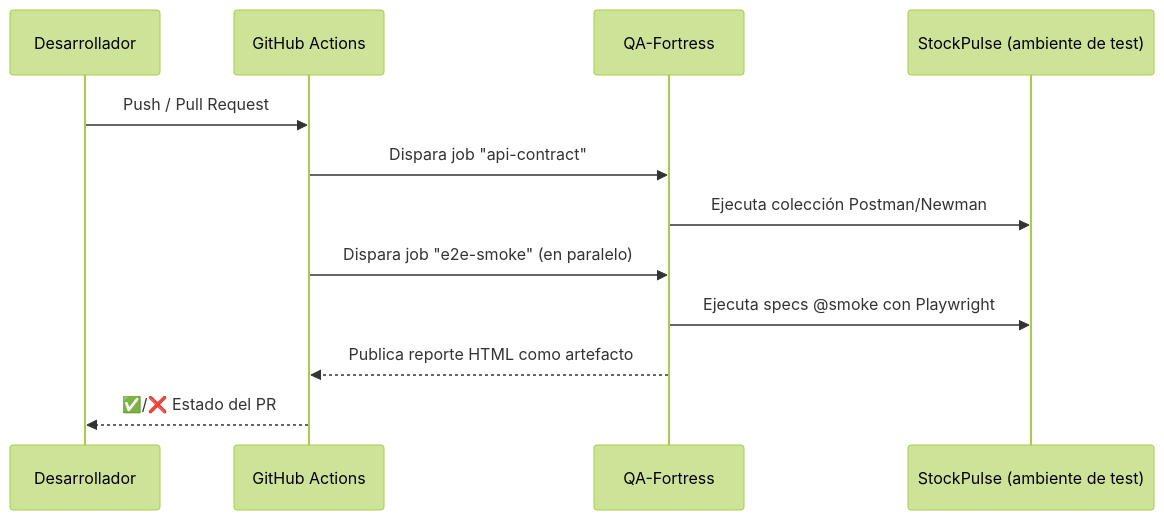
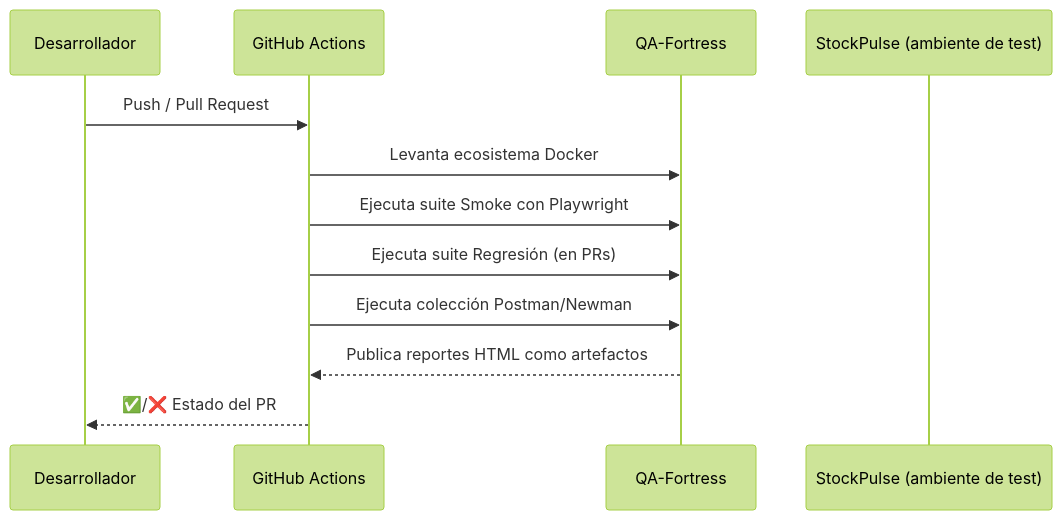
The fourth of 4 diagrams in docs/architecture.md (Roddorr2/qa-fortress), drawn with Mermaid (forest theme) before and after one commit. The commit also changed other lines of this file and 2 other files, not shown here.

Commit message:
docs: remove PyTest from StockPulse architecture and document ADR-03 decision

````diff
--- a/docs/architecture.md
+++ b/docs/architecture.md
@@ -49,15 +49,15 @@
 ```mermaid
 sequenceDiagram
     participant Dev as Desarrollador
     participant GH as GitHub Actions
     participant QA as QA-Fortress
     participant SUT as StockPulse (ambiente de test)
 
     Dev->>GH: Push / Pull Request
-    GH->>QA: Dispara job "api-contract"
-    QA->>SUT: Ejecuta colección Postman/Newman
-    GH->>QA: Dispara job "e2e-smoke" (en paralelo)
-    QA->>SUT: Ejecuta specs @smoke con Playwright
-    QA-->>GH: Publica reporte HTML como artefacto
+    GH->>QA: Levanta ecosistema Docker
+    GH->>QA: Ejecuta suite Smoke con Playwright
+    GH->>QA: Ejecuta suite Regresión (en PRs)
+    GH->>QA: Ejecuta colección Postman/Newman
+    QA-->>GH: Publica reportes HTML como artefactos
     GH-->>Dev: ✅/❌ Estado del PR
 ```
````
